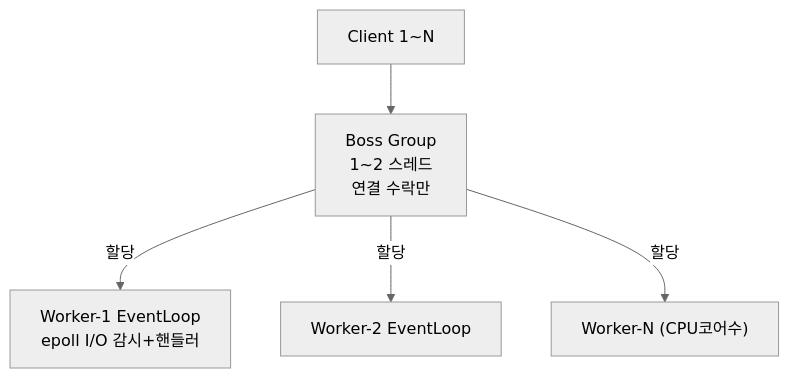
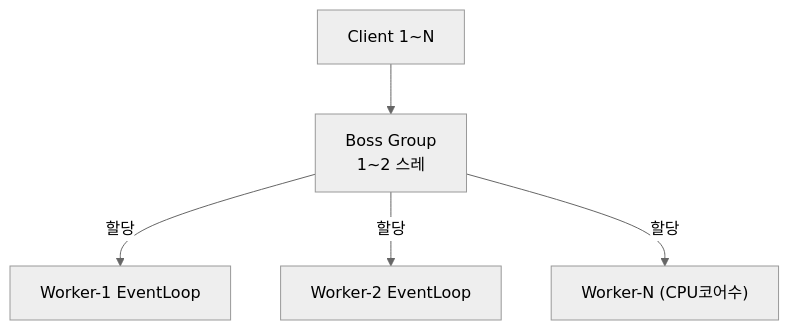
Before and after one commit to yjkim2015/yjkim2015.github.io: the fifth of 9 diagrams in _posts/spring/2026-05-01-spring-webflux.md, drawn with Mermaid (neutral theme). The commit also changed other lines of this file and 271 other files, not shown here.

First line of the commit message:
Mermaid 라벨 축소: 긴 노드 텍스트 18자 이하로 트림 + \n 제거

````diff
--- a/_posts/spring/2026-05-01-spring-webflux.md
+++ b/_posts/spring/2026-05-01-spring-webflux.md
@@ -386,7 +386,7 @@
 ```mermaid
 graph TD
-    CL["Client 1~N"] --> BG["Boss Group\n1~2 스레드\n연결 수락만"]
-    BG -->|할당| W1["Worker-1 EventLoop\nepoll I/O 감시+핸들러"]
+    CL["Client 1~N"] --> BG["Boss Group\n1~2 스레"]
+    BG -->|할당| W1["Worker-1 EventLoop"]
     BG -->|할당| W2["Worker-2 EventLoop"]
     BG -->|할당| WN["Worker-N (CPU코어수)"]
 ```
````
